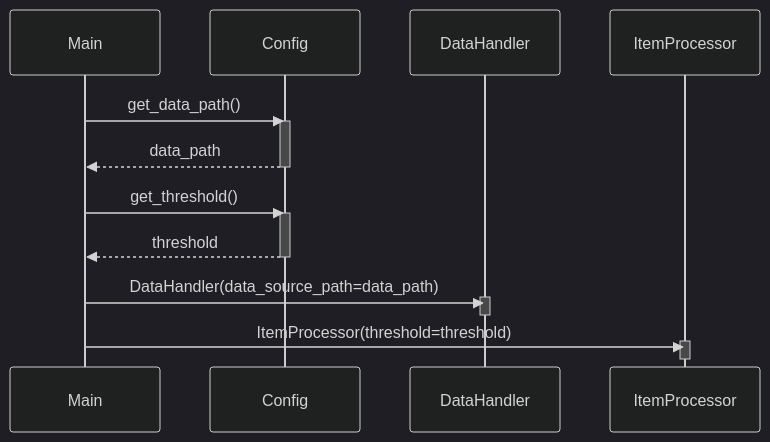
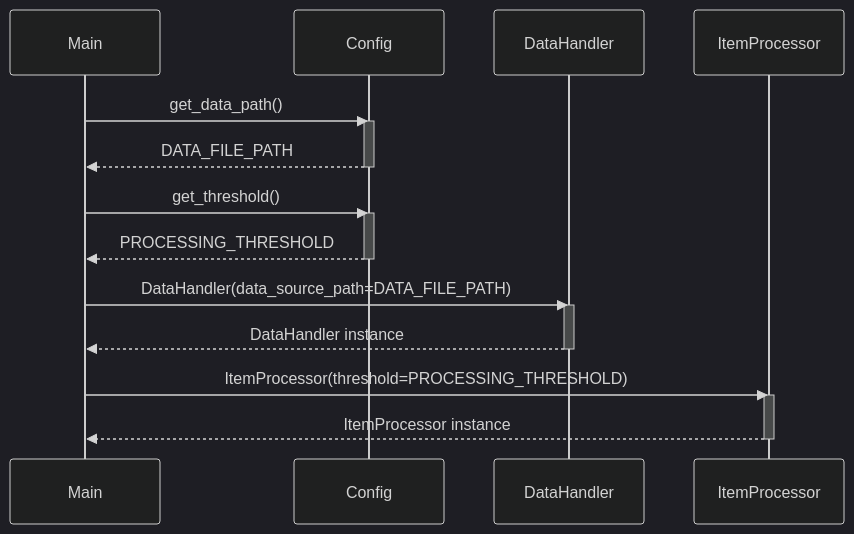
Before and after one commit to OpenXFlow/sourceLensAI: the diagram in output/python-sample-project/01_configuration-management.md, drawn with Mermaid (dark theme). The commit also changed other lines of this file and 25 other files, not shown here.

````diff
--- a/output/python-sample-project/01_configuration-management.md
+++ b/output/python-sample-project/01_configuration-management.md
@@ -78,21 +141,23 @@
 ```mermaid
 sequenceDiagram
     participant Main
     participant Config
     participant DataHandler
     participant ItemProcessor
     Main->>Config: get_data_path()
     activate Config
-    Config-->>Main: data_path
+    Config-->>Main: DATA_FILE_PATH
     deactivate Config
     Main->>Config: get_threshold()
     activate Config
-    Config-->>Main: threshold
+    Config-->>Main: PROCESSING_THRESHOLD
     deactivate Config
-    Main->>DataHandler: DataHandler(data_source_path=data_path)
+    Main->>DataHandler: DataHandler(data_source_path=DATA_FILE_PATH)
     activate DataHandler
+    DataHandler-->>Main: DataHandler instance
     deactivate DataHandler
-    Main->>ItemProcessor: ItemProcessor(threshold=threshold)
+    Main->>ItemProcessor: ItemProcessor(threshold=PROCESSING_THRESHOLD)
     activate ItemProcessor
+    ItemProcessor-->>Main: ItemProcessor instance
     deactivate ItemProcessor
 ```
````
